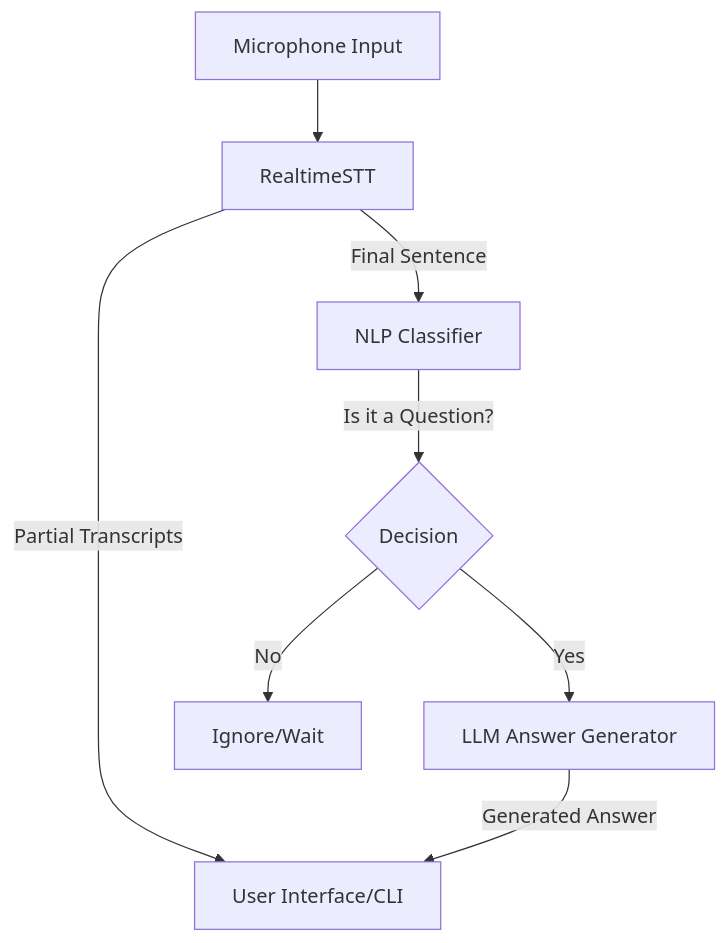
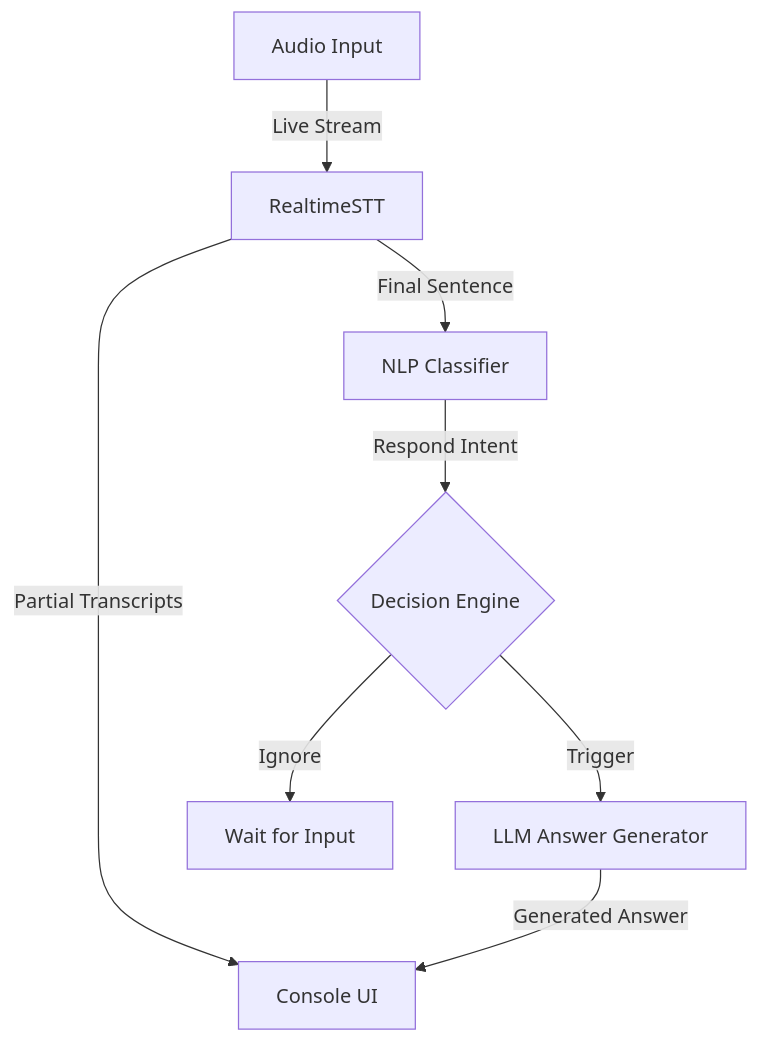
Before and after one commit to Mourya2044/interview-copilot: the diagram in README.md, drawn with Mermaid. The commit also changed other lines of this file and 2 other files, not shown here.

Commit message:
Refactor answer generation: replace LLMAnswerGenerator with AnswerGenerator and reorganize code structure; remove obsolete llm_answer_generation.py file.

````diff
--- a/README.md
+++ b/README.md
@@ -9,10 +9,10 @@
 ```mermaid
 graph TD
-    A[Microphone Input] --> B[RealtimeSTT]
-    B -->|Partial Transcripts| C[User Interface/CLI]
+    A[Audio Input] -->|Live Stream| B[RealtimeSTT]
+    B -->|Partial Transcripts| C[Console UI]
     B -->|Final Sentence| D[NLP Classifier]
-    D -->|Is it a Question?| E{Decision}
-    E -->|Yes| F[LLM Answer Generator]
-    E -->|No| G[Ignore/Wait]
+    D -->|Respond Intent| E{Decision Engine}
+    E -->|Trigger| F[LLM Answer Generator]
+    E -->|Ignore| G[Wait for Input]
     F -->|Generated Answer| C
 ```
````
